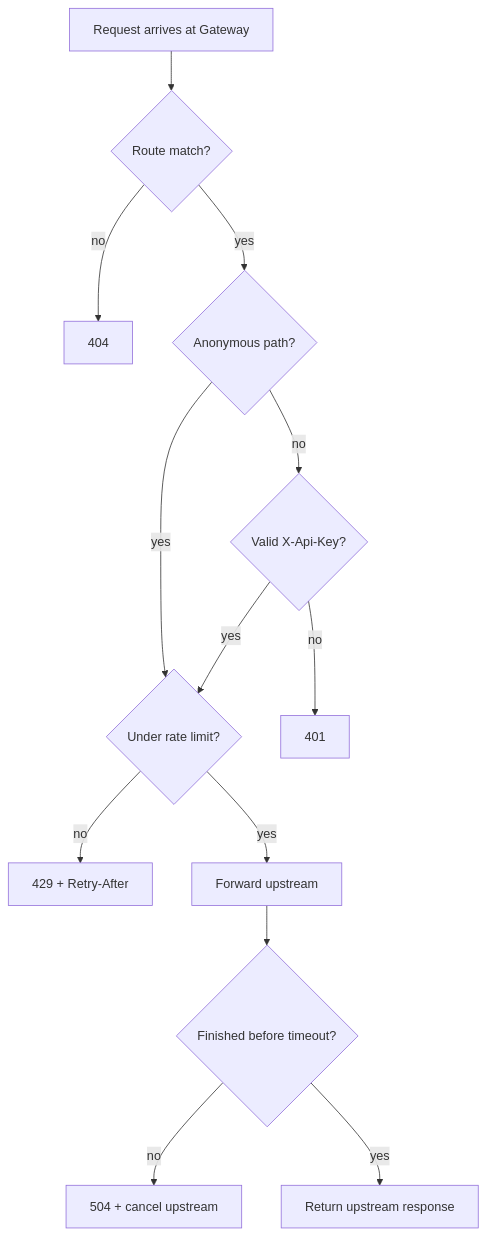
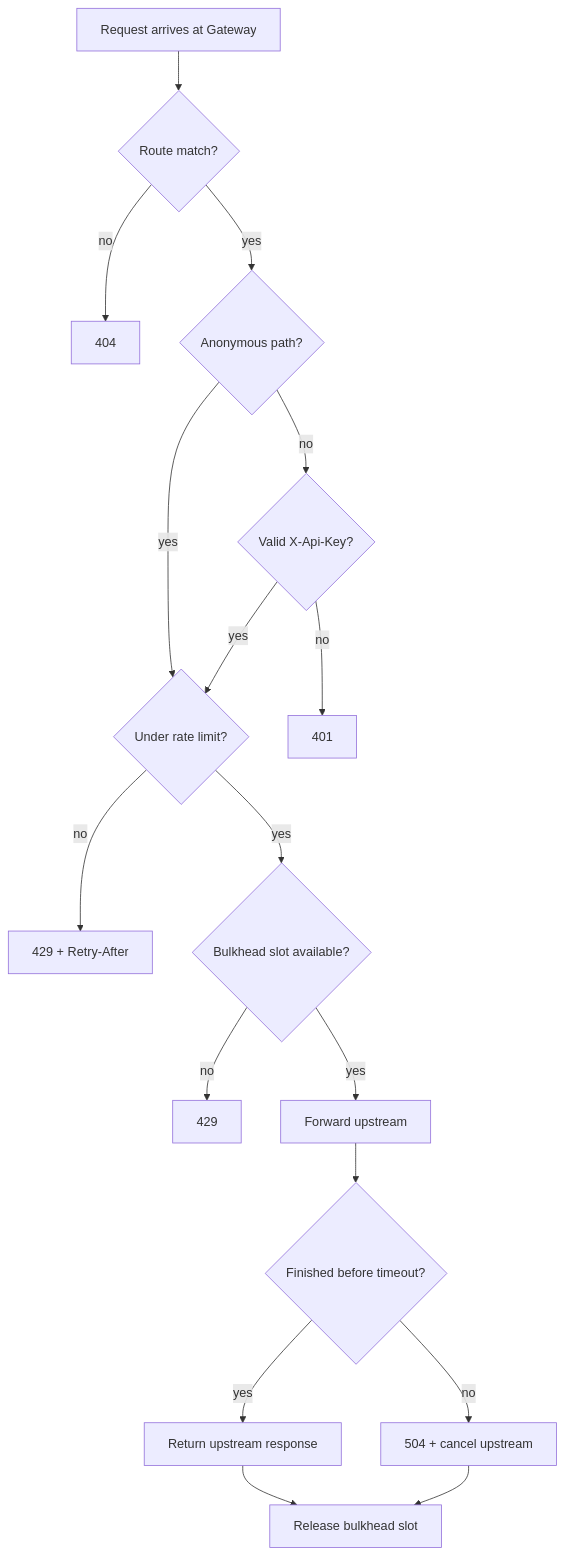
One commit to Am64r/mini-gateway changed the second of 3 diagrams in README.md. Above: the diagram before and after it, drawn with Mermaid. The commit also changed other lines of this file and 5 other files, not shown here.

````diff
--- a/README.md
+++ b/README.md
@@ -23,15 +23,19 @@
 ```mermaid
 flowchart TD
     R[Request arrives at Gateway] --> M{Route match?}
     M -- no --> N[404]
     M -- yes --> A{Anonymous path?}
     A -- yes --> RL{Under rate limit?}
     A -- no --> K{Valid X-Api-Key?}
     K -- no --> U401[401]
     K -- yes --> RL
-    RL -- no --> U429[429 + Retry-After]
-    RL -- yes --> F[Forward upstream]
+    RL -- no --> U429a[429 + Retry-After]
+    RL -- yes --> BH{Bulkhead slot available?}
+    BH -- no --> U429b[429]
+    BH -- yes --> F[Forward upstream]
     F --> T{Finished before timeout?}
     T -- no --> U504[504 + cancel upstream]
     T -- yes --> OK[Return upstream response]
+    OK --> REL[Release bulkhead slot]
+    U504 --> REL
 ```
````
